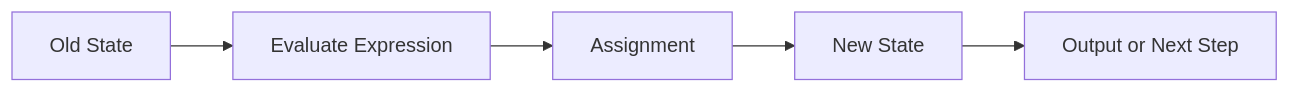
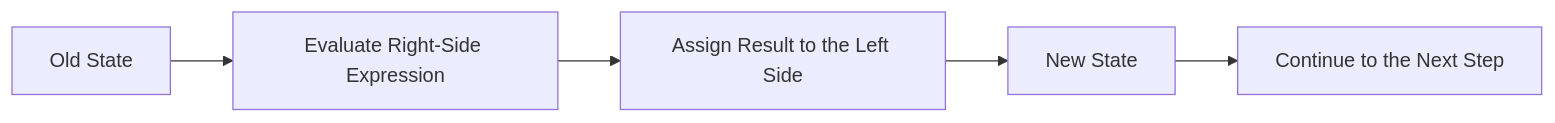
The diagram in materials/preparatory/unit-02-data-state.en.md (inred329/summer_pre_course_2026), drawn with Mermaid before and after one commit. The commit also changed other lines of this file, not shown here.

Commit message:
Improve P-U02 English reading sequence

````diff
--- a/materials/preparatory/unit-02-data-state.en.md
+++ b/materials/preparatory/unit-02-data-state.en.md
@@ -82,7 +104,7 @@
 ```mermaid
 flowchart LR
-    O[Old State] --> E[Evaluate Expression]
-    E --> A[Assignment]
+    O[Old State] --> E[Evaluate Right-Side Expression]
+    E --> A[Assign Result to the Left Side]
     A --> N[New State]
-    N --> P[Output or Next Step]
+    N --> P[Continue to the Next Step]
 ```
````
